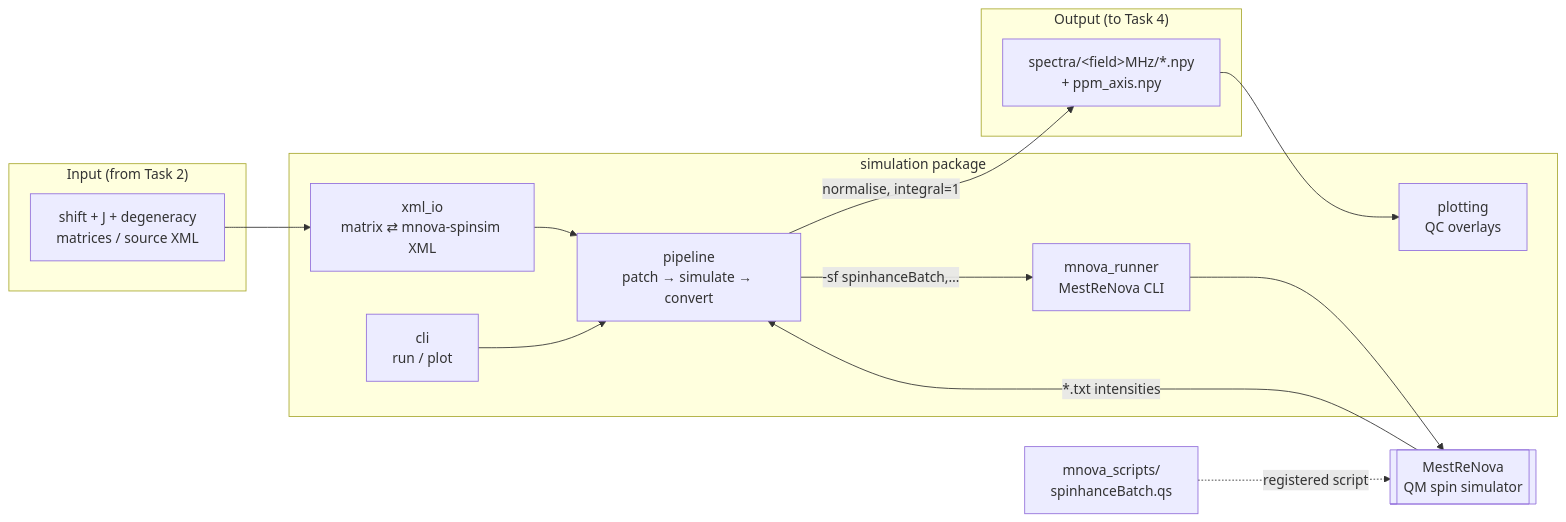
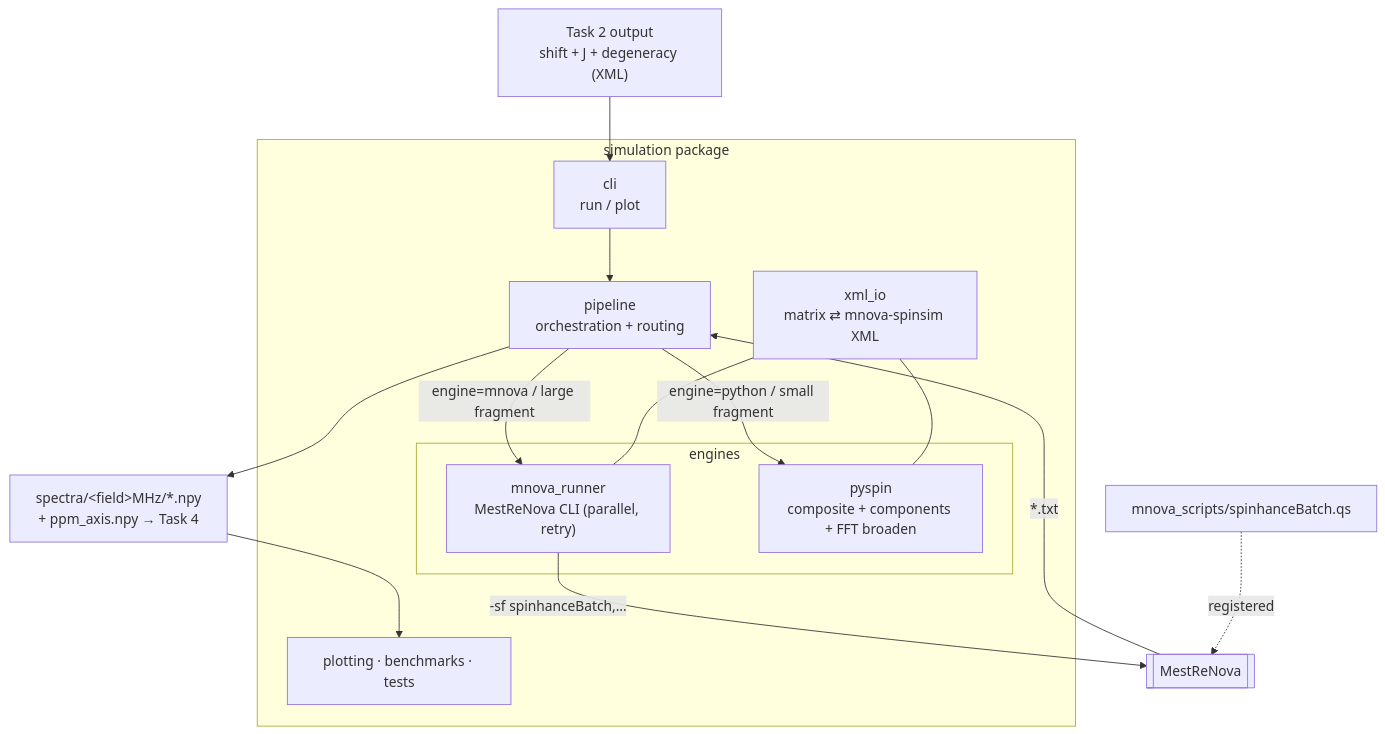
Before and after one commit to labounad/spinhance: the diagram in simulation/README.md, drawn with Mermaid. The commit also changed other lines of this file and 8 other files, not shown here.

````diff
--- a/simulation/README.md
+++ b/simulation/README.md
@@ -36,29 +43,29 @@
 ```mermaid
-flowchart LR
-    subgraph in["Input (from Task 2)"]
-        M["shift + J + degeneracy<br/>matrices / source XML"]
-    end
+flowchart TB
+    M["Task 2 output<br/>shift + J + degeneracy (XML)"]
 
     subgraph pkg["simulation package"]
         XIO["xml_io<br/>matrix ⇄ mnova-spinsim XML"]
-        RUN["mnova_runner<br/>MestReNova CLI"]
-        PIPE["pipeline<br/>patch → simulate → convert"]
-        PLOT["plotting<br/>QC overlays"]
         CLI["cli<br/>run / plot"]
+        PIPE["pipeline<br/>orchestration + routing"]
+        subgraph engines["engines"]
+            RUN["mnova_runner<br/>MestReNova CLI (parallel, retry)"]
+            PY["pyspin<br/>composite + components + FFT broaden"]
+        end
+        PLOT["plotting · benchmarks · tests"]
     end
 
-    QS["mnova_scripts/<br/>spinhanceBatch.qs"]
-    MNOVA[["MestReNova<br/>QM spin simulator"]]
+    QS["mnova_scripts/spinhanceBatch.qs"]
+    MNOVA[["MestReNova"]]
+    NPY["spectra/&lt;field&gt;MHz/*.npy<br/>+ ppm_axis.npy → Task 4"]
 
-    subgraph out["Output (to Task 4)"]
-        NPY["spectra/&lt;field&gt;MHz/*.npy<br/>+ ppm_axis.npy"]
-    end
-
-    M --> XIO --> PIPE
-    CLI --> PIPE
-    PIPE -->|"-sf spinhanceBatch,…"| RUN --> MNOVA
-    QS -. registered script .-> MNOVA
-    MNOVA -->|"*.txt intensities"| PIPE
-    PIPE -->|"normalise, integral=1"| NPY
+    M --> CLI --> PIPE
+    PIPE -->|"engine=mnova / large fragment"| RUN -->|"-sf spinhanceBatch,…"| MNOVA
+    QS -. registered .-> MNOVA
+    MNOVA -->|"*.txt"| PIPE
+    PIPE -->|"engine=python / small fragment"| PY
+    XIO --- RUN
+    XIO --- PY
+    PIPE --> NPY
     NPY --> PLOT
 ```
````
